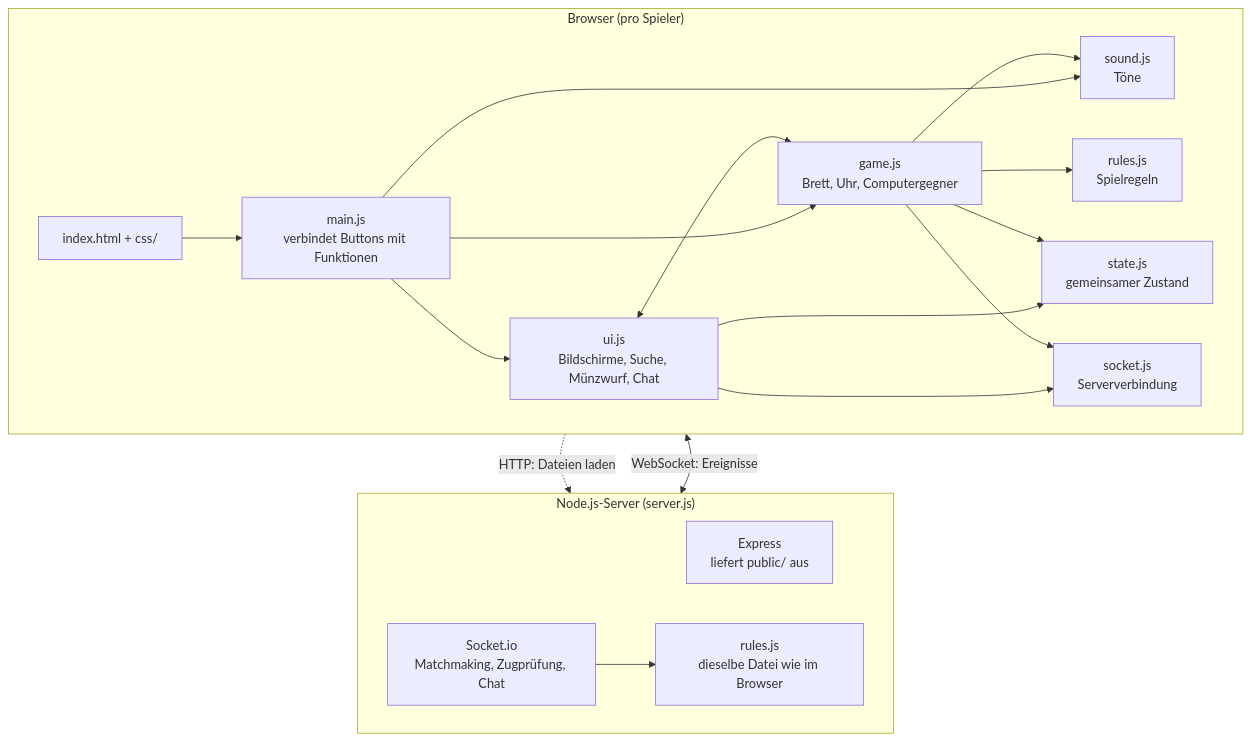
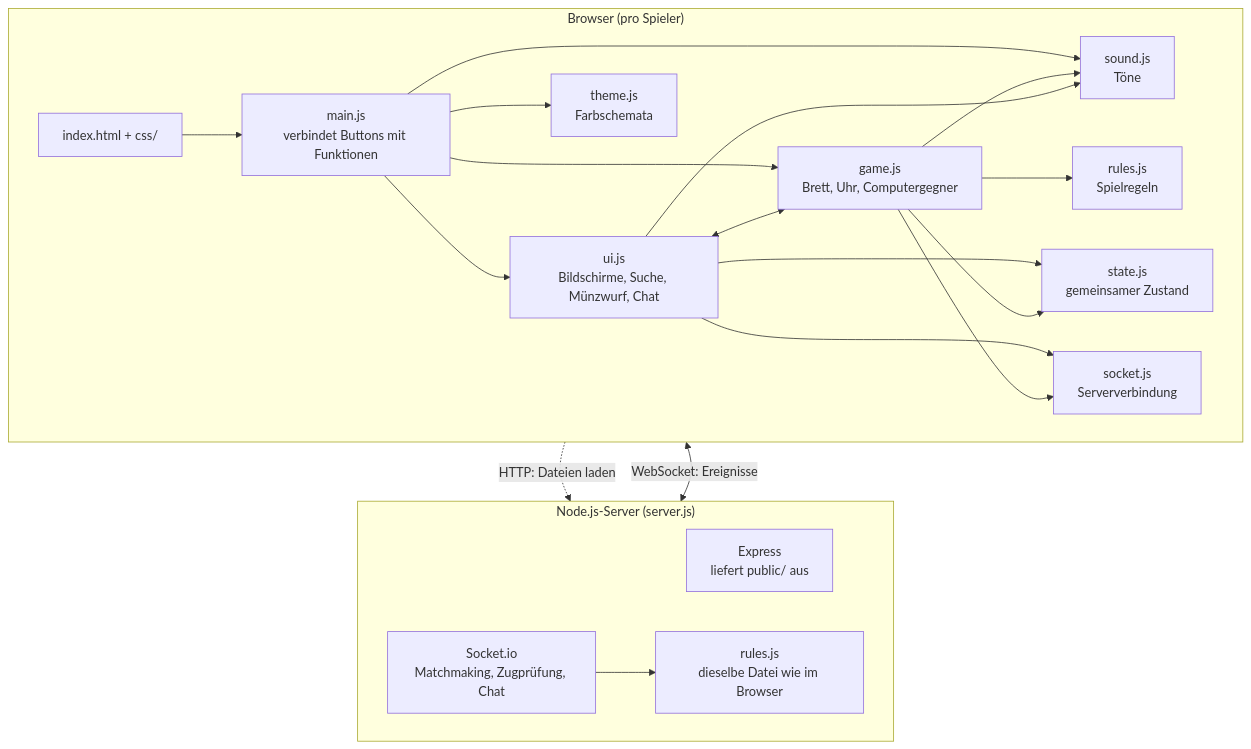
The first of 2 diagrams in README.md (flofries00/WebProgDHBWDame), drawn with Mermaid before and after one commit. The commit also changed other lines of this file and 7 other files, not shown here.

Commit message:
Farbschemata fürs Brett, zweifarbiger Tastaturfokus, Kopfzeile passt auf schmale Handys

````diff
--- a/README.md
+++ b/README.md
@@ -72,36 +73,39 @@
 ```mermaid
 flowchart TB
     subgraph Browser["Browser (pro Spieler)"]
         direction LR
         HTML["index.html + css/"]
         Main["main.js<br/>verbindet Buttons mit Funktionen"]
         UI["ui.js<br/>Bildschirme, Suche, Münzwurf, Chat"]
         Game["game.js<br/>Brett, Uhr, Computergegner"]
         RulesC["rules.js<br/>Spielregeln"]
         Sound["sound.js<br/>Töne"]
+        Theme["theme.js<br/>Farbschemata"]
         State["state.js<br/>gemeinsamer Zustand"]
         SocketC["socket.js<br/>Serververbindung"]
         HTML --> Main
         Main --> UI
         Main --> Game
         Main --> Sound
+        Main --> Theme
         UI <--> Game
         Game --> RulesC
         Game --> Sound
+        UI --> Sound
         UI --> State
         Game --> State
         UI --> SocketC
         Game --> SocketC
     end
 
     subgraph Server["Node.js-Server (server.js)"]
         direction LR
         Express["Express<br/>liefert public/ aus"]
         IO["Socket.io<br/>Matchmaking, Zugprüfung, Chat"]
         RulesS["rules.js<br/>dieselbe Datei wie im Browser"]
         IO --> RulesS
     end
 
     HTML -.->|"HTTP: Dateien laden"| Express
     SocketC <-->|"WebSocket: Ereignisse"| IO
 ```
````
